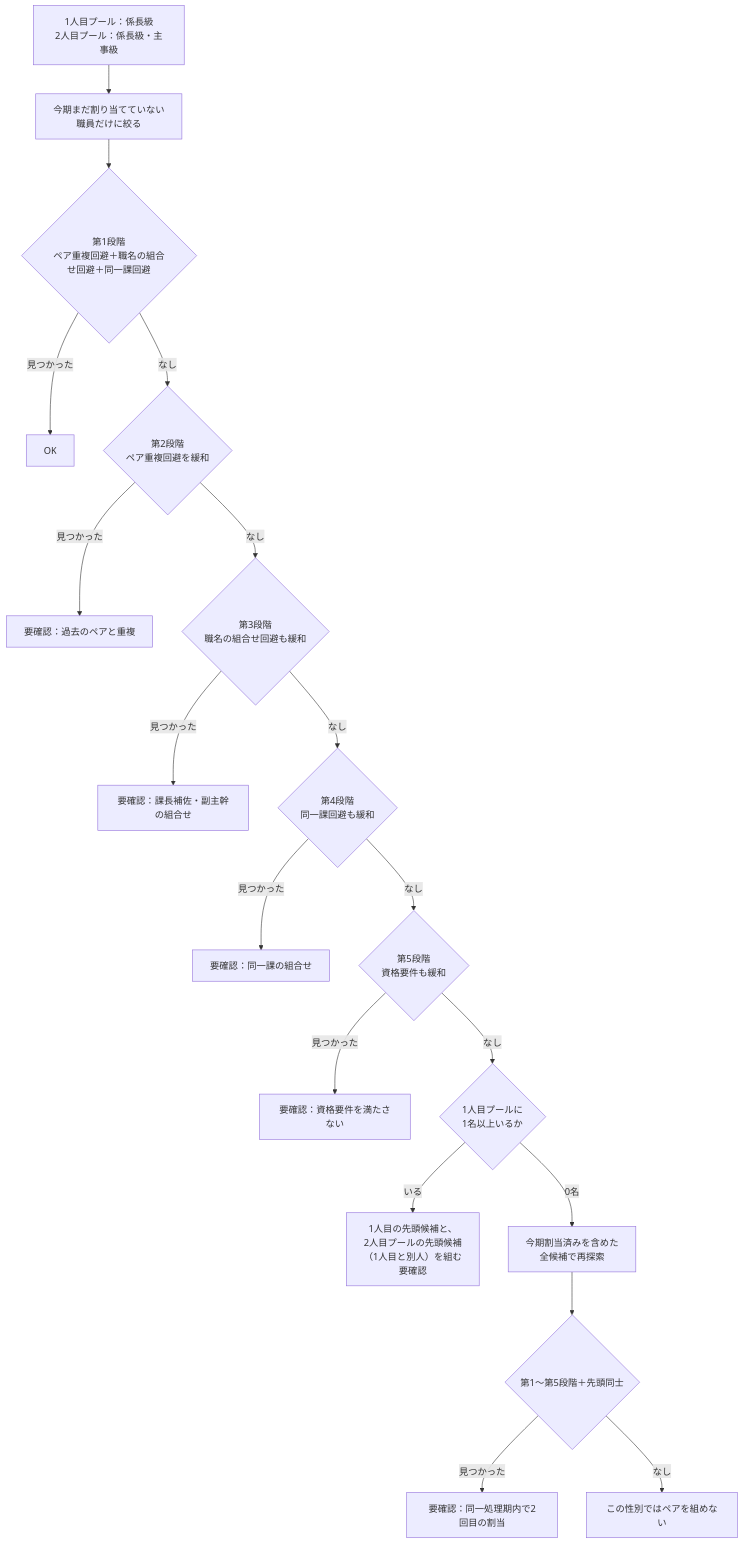
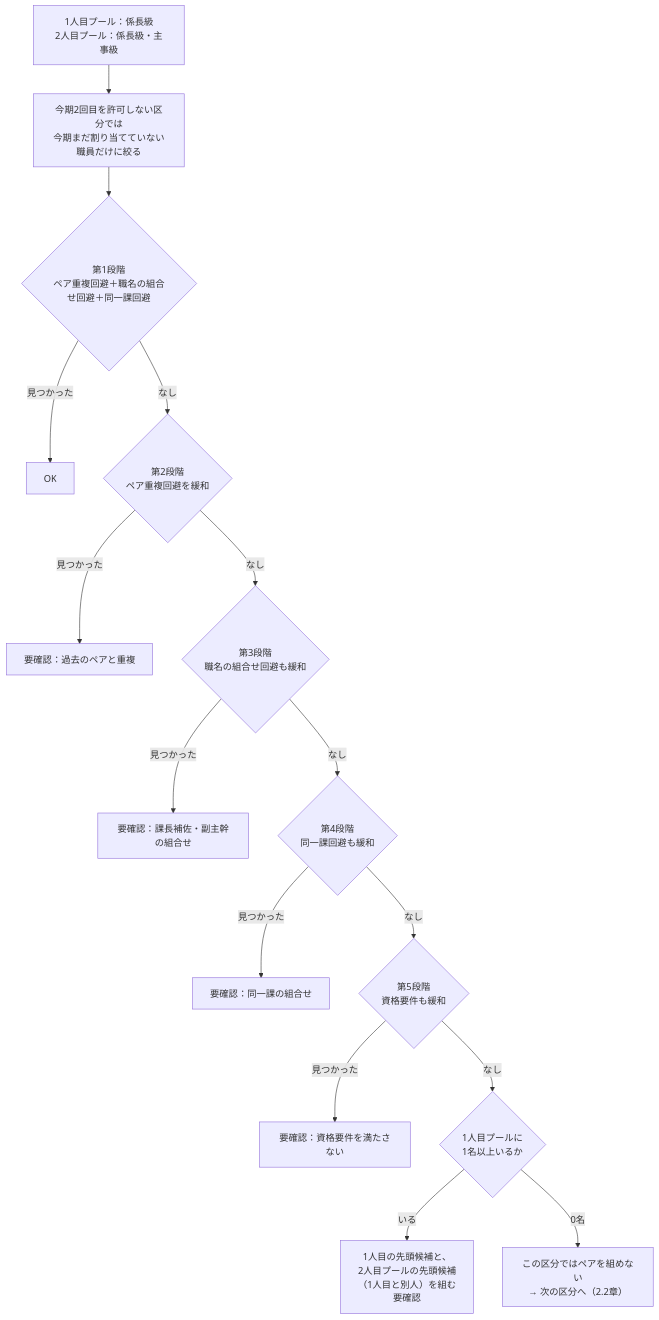
Before and after one commit to Yusei0003/2000: the fourth of 5 diagrams in docs/勤務表作成フロー.md, drawn with Mermaid. The commit also changed other lines of this file and 5 other files, not shown here.

````diff
--- a/docs/勤務表作成フロー.md
+++ b/docs/勤務表作成フロー.md
@@ -120,20 +127,17 @@
 ```mermaid
 flowchart TD
-    A[1人目プール：係長級<br/>2人目プール：係長級・主事級] --> B[今期まだ割り当てていない<br/>職員だけに絞る]
+    A[1人目プール：係長級<br/>2人目プール：係長級・主事級] --> B[今期2回目を許可しない区分では<br/>今期まだ割り当てていない<br/>職員だけに絞る]
     B --> C{第1段階<br/>ペア重複回避＋職名の組合せ回避＋同一課回避}
     C -->|見つかった| C1[OK]
     C -->|なし| D{第2段階<br/>ペア重複回避を緩和}
     D -->|見つかった| D1[要確認：過去のペアと重複]
     D -->|なし| E{第3段階<br/>職名の組合せ回避も緩和}
     E -->|見つかった| E1[要確認：課長補佐・副主幹の組合せ]
     E -->|なし| F{第4段階<br/>同一課回避も緩和}
     F -->|見つかった| F1[要確認：同一課の組合せ]
     F -->|なし| G{第5段階<br/>資格要件も緩和}
     G -->|見つかった| G1[要確認：資格要件を満たさない]
     G -->|なし| H{1人目プールに<br/>1名以上いるか}
     H -->|いる| H1[1人目の先頭候補と、<br/>2人目プールの先頭候補<br/>（1人目と別人）を組む<br/>要確認]
-    H -->|0名| I[今期割当済みを含めた<br/>全候補で再探索]
-    I --> J{第1〜第5段階＋先頭同士}
-    J -->|見つかった| J1[要確認：同一処理期内で2回目の割当]
-    J -->|なし| K[この性別ではペアを組めない]
+    H -->|0名| K[この区分ではペアを組めない<br/>→ 次の区分へ（2.2章）]
 ```
````
